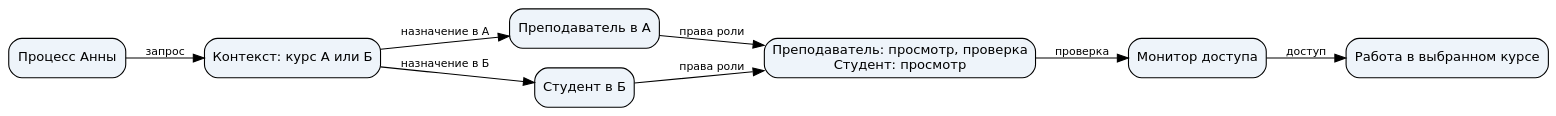
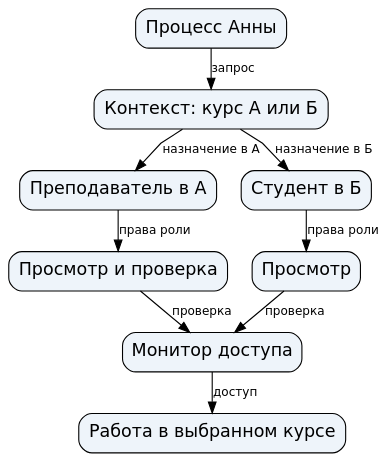
The diagram in shared/visualizations/access-control/rbac/graphs/model.dot (BSU-RFCT-Afonenko-Courses/Cybersecurity), drawn with Graphviz before and after one commit. The commit also changed 25 other files, not shown here.

```diff
--- a/shared/visualizations/access-control/rbac/graphs/model.dot
+++ b/shared/visualizations/access-control/rbac/graphs/model.dot
@@ -1,19 +1,21 @@
 digraph G {
- graph [rankdir=LR, bgcolor="transparent", pad="0.2", splines=polyline];
- node [shape=box, style="rounded,filled", fillcolor="#eef4fa", fontname="DejaVu Sans", fontsize=12];
- edge [fontname="DejaVu Sans", fontsize=10];
+ graph [rankdir=TB, ranksep=0.35, nodesep=0.3, bgcolor="transparent", pad="0.2", splines=polyline];
+ node [shape=box, style="rounded,filled", fillcolor="#eef4fa", fontname="DejaVu Sans", fontsize=16];
+ edge [fontname="DejaVu Sans", fontsize=11];
  "subject" [id="subject", label="Процесс Анны"];
  "context" [id="context", label="Контекст: курс А или Б"];
  "teacher" [id="teacher", label="Преподаватель в А"];
  "student" [id="student", label="Студент в Б"];
- "permission" [id="permission", label="Преподаватель: просмотр, проверка\nСтудент: просмотр"];
+ "permission-teacher" [id="permission-teacher", label="Просмотр и проверка"];
+ "permission-student" [id="permission-student", label="Просмотр"];
  "monitor" [id="monitor", label="Монитор доступа"];
  "object" [id="object", label="Работа в выбранном курсе"];
  "subject" -> "context" [id="request-flow", label="запрос"];
- "context" -> "teacher" [label="назначение в А"];
- "context" -> "student" [label="назначение в Б"];
- "teacher" -> "permission" [label="права роли"];
- "student" -> "permission" [label="права роли"];
- "permission" -> "monitor" [id="policy-flow", label="проверка"];
+ "context" -> "teacher" [id="assignment-A-teacher", label="назначение в А"];
+ "context" -> "student" [id="assignment-B-student", label="назначение в Б"];
+ "teacher" -> "permission-teacher" [id="role-permission-teacher", label="права роли"];
+ "student" -> "permission-student" [id="role-permission-student", label="права роли"];
+ "permission-teacher" -> "monitor" [id="policy-teacher", label="проверка"];
+ "permission-student" -> "monitor" [id="policy-student", label="проверка"];
  "monitor" -> "object" [id="access-flow", label="доступ"];
 }
```
